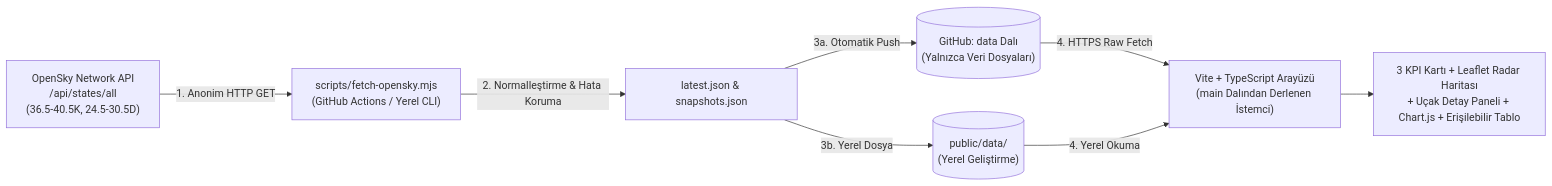
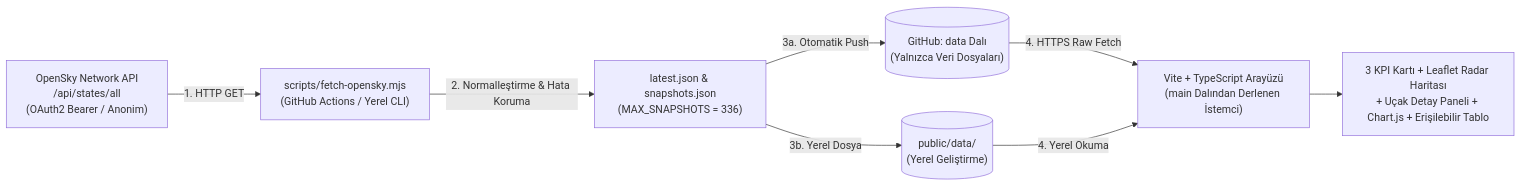
One commit to Fylgja0/ege-hava-sahasi-canli changed the diagram in README.md. Above: the diagram before and after it, drawn with Mermaid. The commit also changed other lines of this file and 2 other files, not shown here.

First line of the commit message:
feat(data): switch OpenSky auth to OAuth2 and improve workflow error handling

````diff
--- a/README.md
+++ b/README.md
@@ -87,10 +106,10 @@
 ```mermaid
 flowchart LR
-    A["OpenSky Network API\n/api/states/all\n(36.5-40.5K, 24.5-30.5D)"] -->|1. Anonim HTTP GET| B["scripts/fetch-opensky.mjs\n(GitHub Actions / Yerel CLI)"]
-    B -->|2. Normalleştirme & Hata Koruma| C["latest.json & snapshots.json"]
+    A["OpenSky Network API\n/api/states/all\n(OAuth2 Bearer / Anonim)"] -->|1. HTTP GET| B["scripts/fetch-opensky.mjs\n(GitHub Actions / Yerel CLI)"]
+    B -->|2. Normalleştirme & Hata Koruma| C["latest.json & snapshots.json\n(MAX_SNAPSHOTS = 336)"]
     C -->|3a. Otomatik Push| D[("GitHub: data Dalı\n(Yalnızca Veri Dosyaları)")]
     C -->|3b. Yerel Dosya| E[("public/data/\n(Yerel Geliştirme)")]
     D -->|4. HTTPS Raw Fetch| F["Vite + TypeScript Arayüzü\n(main Dalından Derlenen İstemci)"]
     E -->|4. Yerel Okuma| F
     F --> G["3 KPI Kartı + Leaflet Radar Haritası\n+ Uçak Detay Paneli + Chart.js + Erişilebilir Tablo"]
 ```
````
